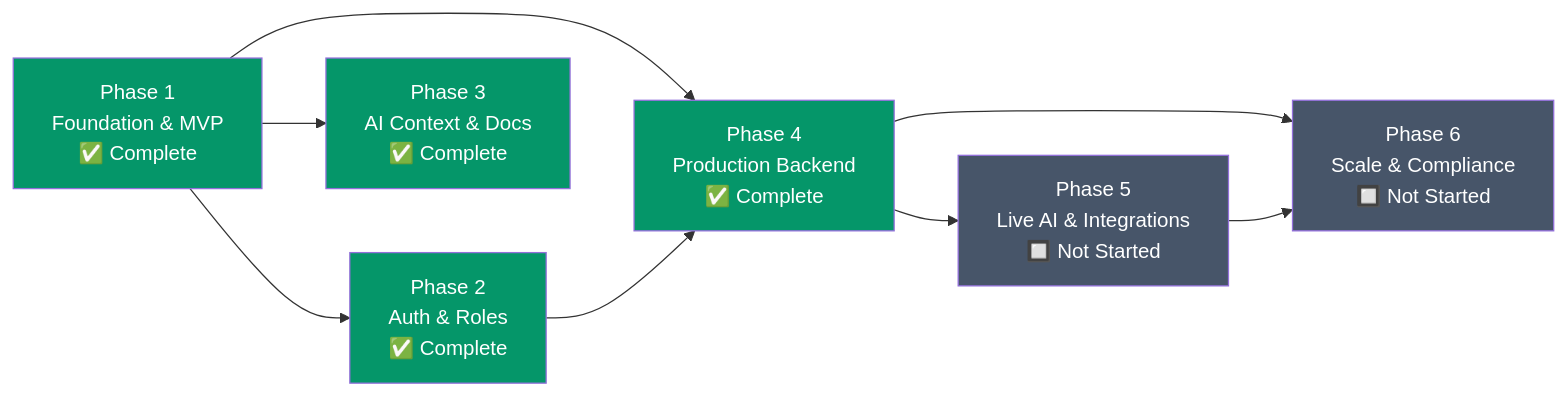
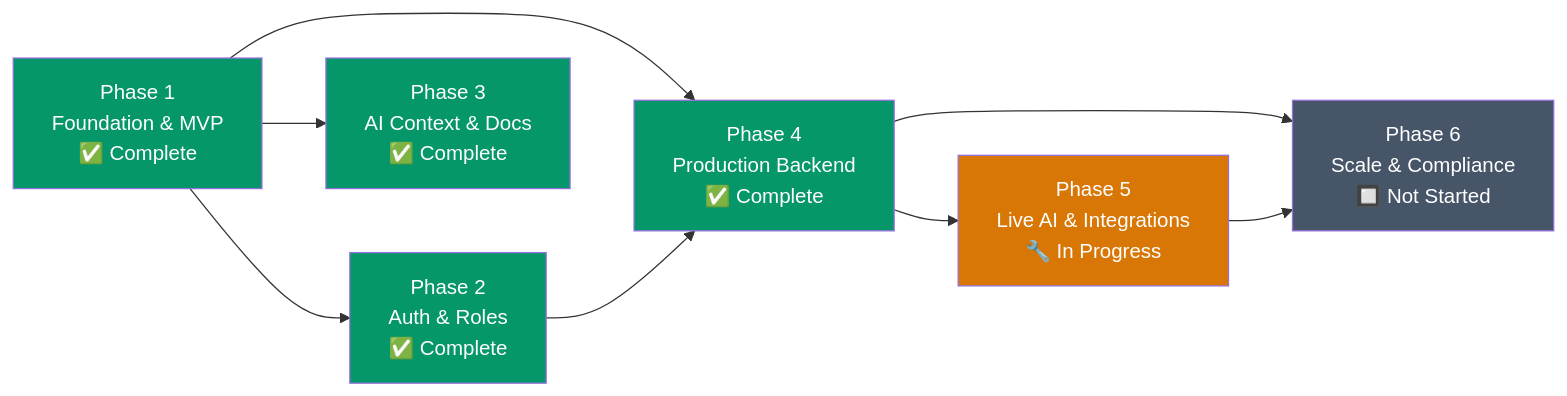
Before and after one commit to manishalone08-dot/Altmedi: the diagram in phases.md, drawn with Mermaid. The commit also changed other lines of this file and 2 other files, not shown here.

Commit message:
phase 5 complete

````diff
--- a/phases.md
+++ b/phases.md
@@ -299,17 +300,17 @@
 ```mermaid
 graph LR
     P1["Phase 1\nFoundation & MVP\n✅ Complete"] --> P2["Phase 2\nAuth & Roles\n✅ Complete"]
     P1 --> P4["Phase 4\nProduction Backend\n✅ Complete"]
     P2 --> P4
     P1 --> P3["Phase 3\nAI Context & Docs\n✅ Complete"]
-    P4 --> P5["Phase 5\nLive AI & Integrations\n🔲 Not Started"]
+    P4 --> P5["Phase 5\nLive AI & Integrations\n🔧 In Progress"]
     P4 --> P6["Phase 6\nScale & Compliance\n🔲 Not Started"]
     P5 --> P6
 
     style P1 fill:#059669,color:#fff
     style P2 fill:#059669,color:#fff
     style P3 fill:#059669,color:#fff
     style P4 fill:#059669,color:#fff
-    style P5 fill:#475569,color:#fff
+    style P5 fill:#d97706,color:#fff
     style P6 fill:#475569,color:#fff
 ```
````
